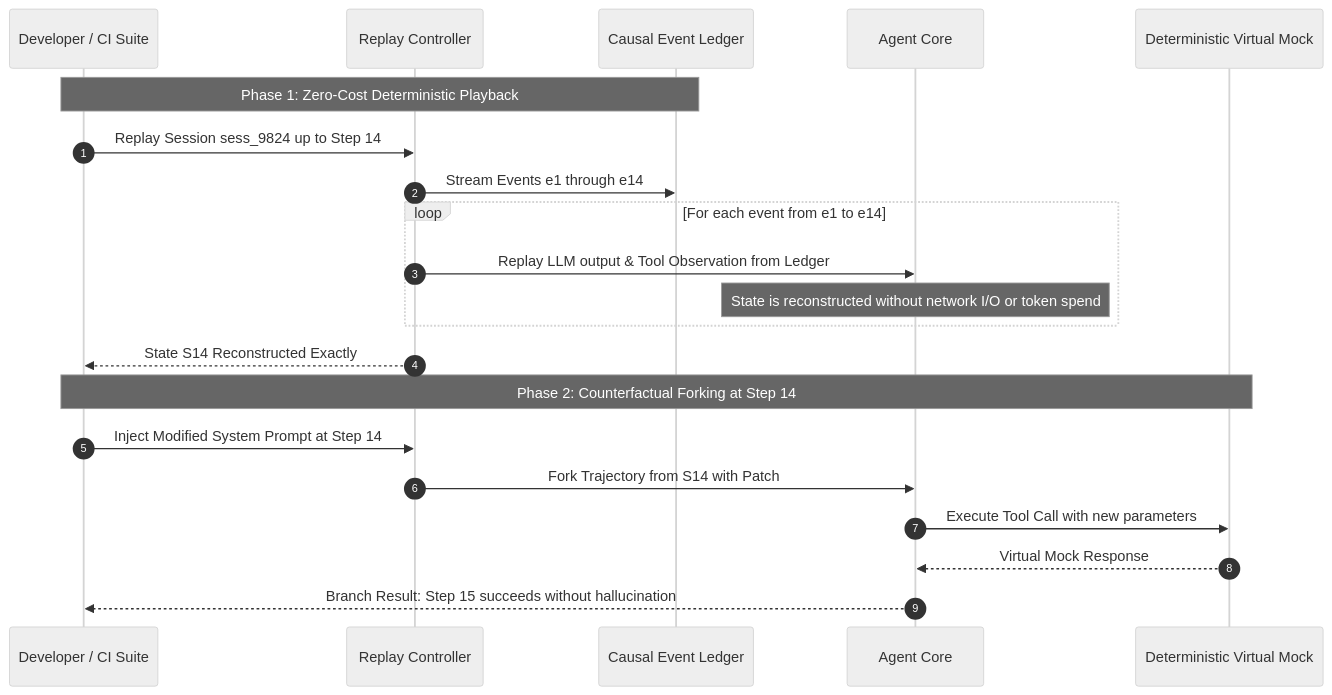
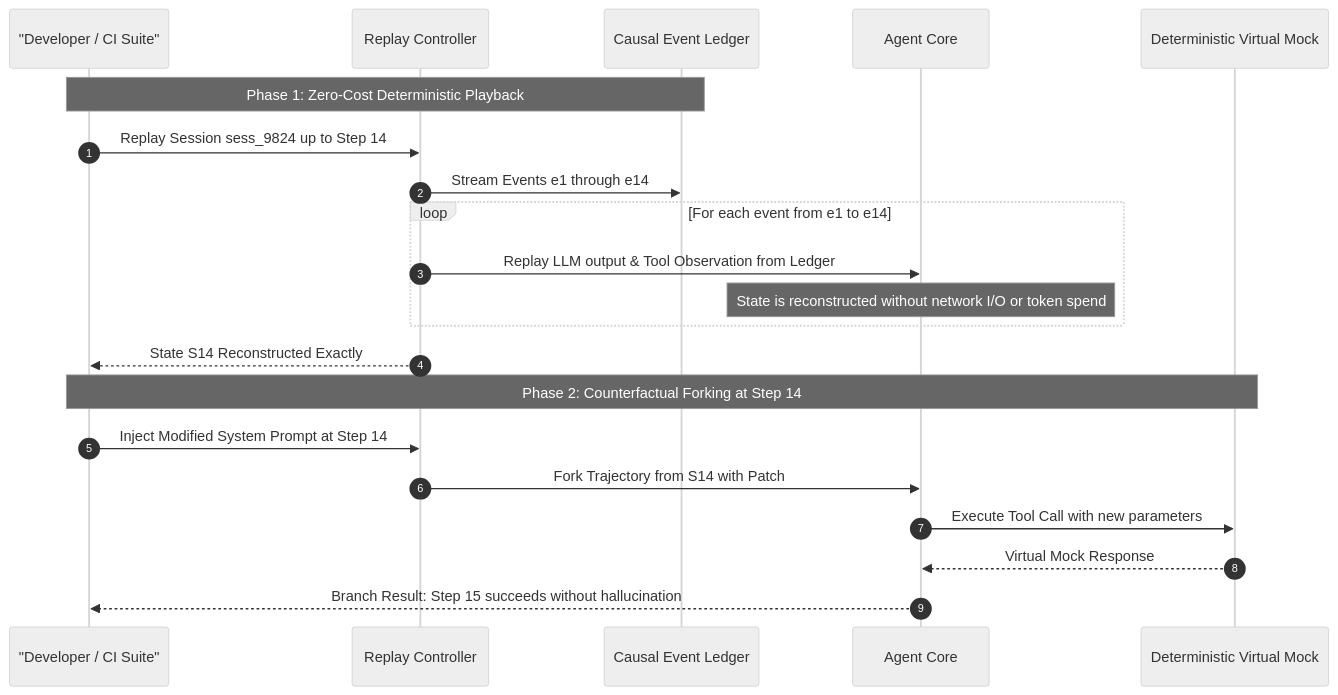
The second of 2 diagrams in case-studies/15-deterministic-event-sourced-replay/README.md (prethiv/Agentic-AI-Case-studies), drawn with Mermaid (neutral theme) before and after one commit. The commit also changed 12 other files, not shown here.

Commit message:
fix(mermaid): resolve syntax errors under Mermaid 11.17.2 and add diagram integrity unit tests

````diff
--- a/case-studies/15-deterministic-event-sourced-replay/README.md
+++ b/case-studies/15-deterministic-event-sourced-replay/README.md
@@ -120,25 +120,25 @@
 ```mermaid
 sequenceDiagram
     autonumber
-    participant Dev as Developer / CI Suite
+    participant Dev as "Developer / CI Suite"
     participant Engine as Replay Controller
     participant Ledger as Causal Event Ledger
     participant Agent as Agent Core
     participant Mock as Deterministic Virtual Mock
 
     Note over Dev,Ledger: Phase 1: Zero-Cost Deterministic Playback
     Dev->>Engine: Replay Session sess_9824 up to Step 14
     Engine->>Ledger: Stream Events e1 through e14
     loop For each event from e1 to e14
         Engine->>Agent: Replay LLM output & Tool Observation from Ledger
         Note over Agent: State is reconstructed without network I/O or token spend
     end
     Engine-->>Dev: State S14 Reconstructed Exactly
 
     Note over Dev,Mock: Phase 2: Counterfactual Forking at Step 14
     Dev->>Engine: Inject Modified System Prompt at Step 14
     Engine->>Agent: Fork Trajectory from S14 with Patch
     Agent->>Mock: Execute Tool Call with new parameters
     Mock-->>Agent: Virtual Mock Response
     Agent-->>Dev: Branch Result: Step 15 succeeds without hallucination
 ```
````
